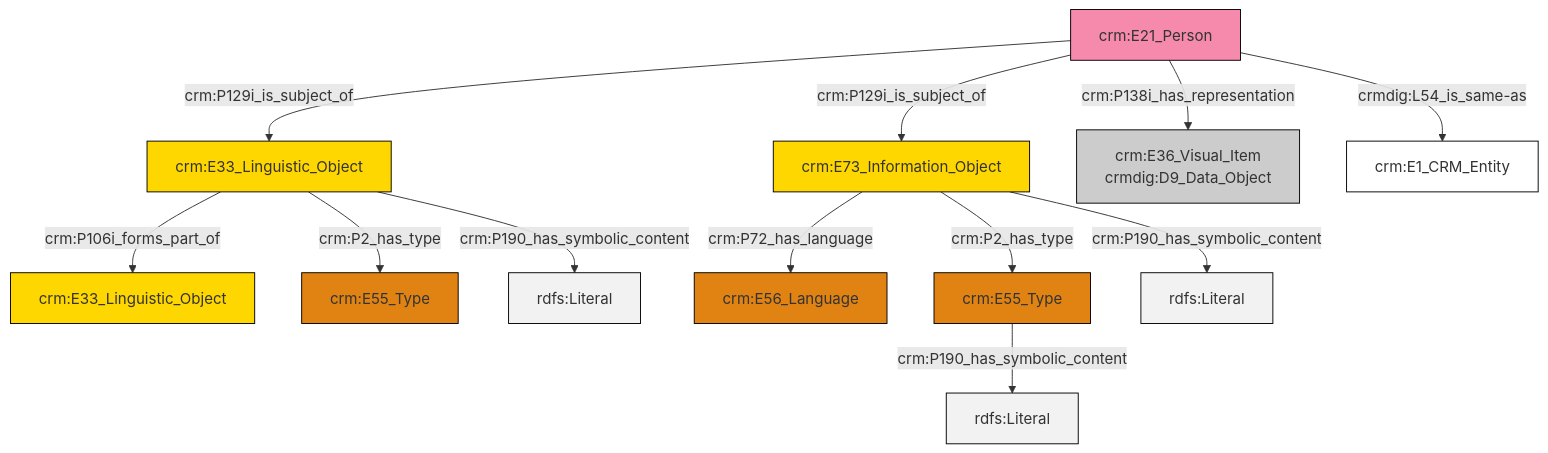
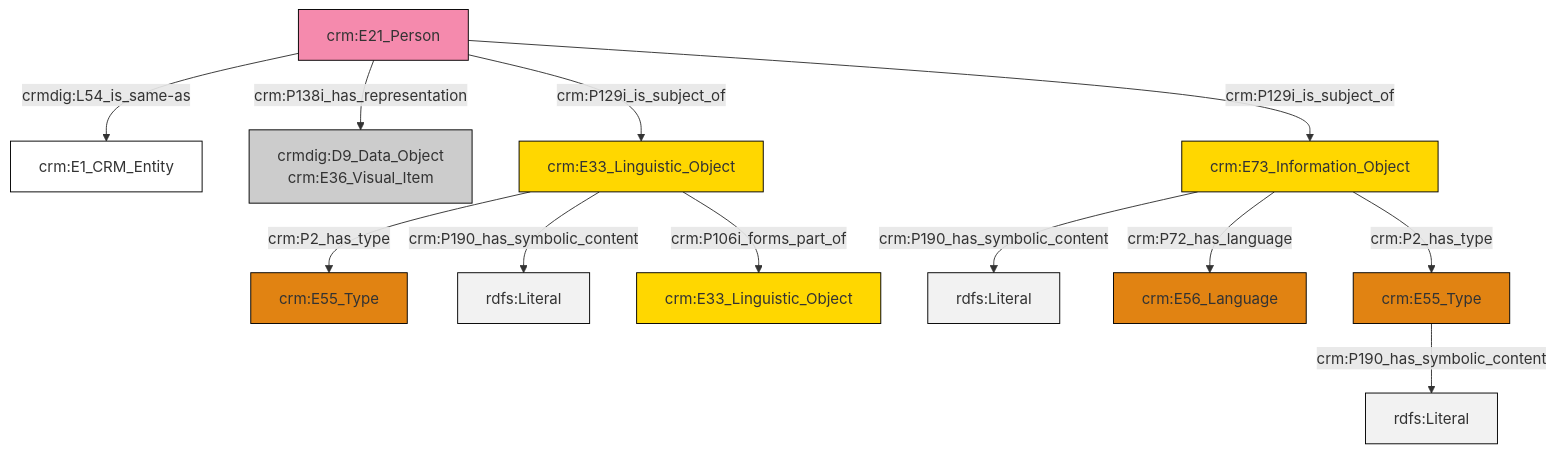
The diagram in et/personCSV/ttl/mmd/Person_Documentation.ttl.mmd (swiss-art-research-net/reference-data-models), drawn with Mermaid before and after one commit. The commit also changed 127 other files, not shown here.

```diff
--- a/et/personCSV/ttl/mmd/Person_Documentation.ttl.mmd
+++ b/et/personCSV/ttl/mmd/Person_Documentation.ttl.mmd
@@ -1,26 +1,26 @@
 graph TD
 classDef Literal fill:#f2f2f2,stroke:#000000;
 classDef CRM_Entity fill:#FFFFFF,stroke:#000000;
 classDef Temporal_Entity fill:#00C9E6, stroke:#000000;
 classDef Type fill:#E18312, stroke:#000000;
 classDef Time-Span fill:#2C9C91, stroke:#000000;
 classDef Appellation fill:#FFEB7F, stroke:#000000;
 classDef Place fill:#008836, stroke:#000000;
 classDef Persistent_Item fill:#B266B2, stroke:#000000;
 classDef Conceptual_Object fill:#FFD700, stroke:#000000;
 classDef Physical_Thing fill:#D2B48C, stroke:#000000;
 classDef Actor fill:#f58aad, stroke:#000000;
 classDef PC_Classes fill:#4ce600, stroke:#000000;
 classDef Multi fill:#cccccc,stroke:#000000;
 
-0["crm:E33_Linguistic_Object"]:::Conceptual_Object -->|crm:P106i_forms_part_of| 1["crm:E33_Linguistic_Object"]:::Conceptual_Object
-2["crm:E21_Person"]:::Actor -->|crm:P129i_is_subject_of| 3["crm:E73_Information_Object"]:::Conceptual_Object
-0["crm:E33_Linguistic_Object"]:::Conceptual_Object -->|crm:P2_has_type| 6["crm:E55_Type"]:::Type
-0["crm:E33_Linguistic_Object"]:::Conceptual_Object -->|crm:P190_has_symbolic_content| 7[rdfs:Literal]:::Literal
-2["crm:E21_Person"]:::Actor -->|crm:P129i_is_subject_of| 0["crm:E33_Linguistic_Object"]:::Conceptual_Object
-3["crm:E73_Information_Object"]:::Conceptual_Object -->|crm:P72_has_language| 12["crm:E56_Language"]:::Type
-14["crm:E55_Type"]:::Type -->|crm:P190_has_symbolic_content| 15[rdfs:Literal]:::Literal
-3["crm:E73_Information_Object"]:::Conceptual_Object -->|crm:P2_has_type| 14["crm:E55_Type"]:::Type
-2["crm:E21_Person"]:::Actor -->|crmdig:L54_is_same-as| 10["crm:E1_CRM_Entity"]:::CRM_Entity
-3["crm:E73_Information_Object"]:::Conceptual_Object -->|crm:P190_has_symbolic_content| 19[rdfs:Literal]:::Literal
-2["crm:E21_Person"]:::Actor -->|crm:P138i_has_representation| 4["crm:E36_Visual_Item<br>crmdig:D9_Data_Object"]:::Multi
+2["crm:E21_Person"]:::Actor -->|crmdig:L54_is_same-as| 3["crm:E1_CRM_Entity"]:::CRM_Entity
+6["crm:E73_Information_Object"]:::Conceptual_Object -->|crm:P190_has_symbolic_content| 7[rdfs:Literal]:::Literal
+8["crm:E33_Linguistic_Object"]:::Conceptual_Object -->|crm:P2_has_type| 0["crm:E55_Type"]:::Type
+2["crm:E21_Person"]:::Actor -->|crm:P138i_has_representation| 4["crmdig:D9_Data_Object<br>crm:E36_Visual_Item"]:::Multi
+6["crm:E73_Information_Object"]:::Conceptual_Object -->|crm:P72_has_language| 10["crm:E56_Language"]:::Type
+2["crm:E21_Person"]:::Actor -->|crm:P129i_is_subject_of| 8["crm:E33_Linguistic_Object"]:::Conceptual_Object
+2["crm:E21_Person"]:::Actor -->|crm:P129i_is_subject_of| 6["crm:E73_Information_Object"]:::Conceptual_Object
+8["crm:E33_Linguistic_Object"]:::Conceptual_Object -->|crm:P190_has_symbolic_content| 17[rdfs:Literal]:::Literal
+13["crm:E55_Type"]:::Type -->|crm:P190_has_symbolic_content| 18[rdfs:Literal]:::Literal
+6["crm:E73_Information_Object"]:::Conceptual_Object -->|crm:P2_has_type| 13["crm:E55_Type"]:::Type
+8["crm:E33_Linguistic_Object"]:::Conceptual_Object -->|crm:P106i_forms_part_of| 21["crm:E33_Linguistic_Object"]:::Conceptual_Object
```
